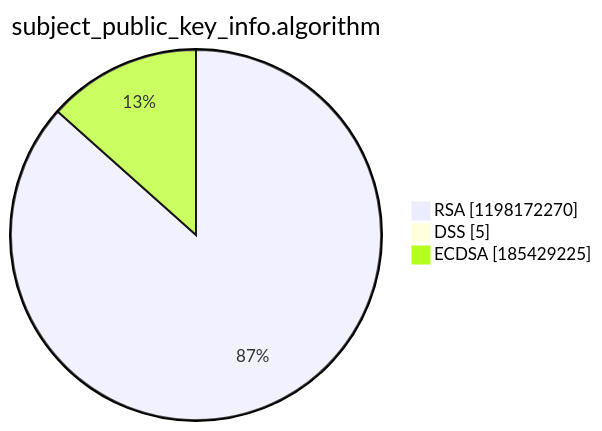
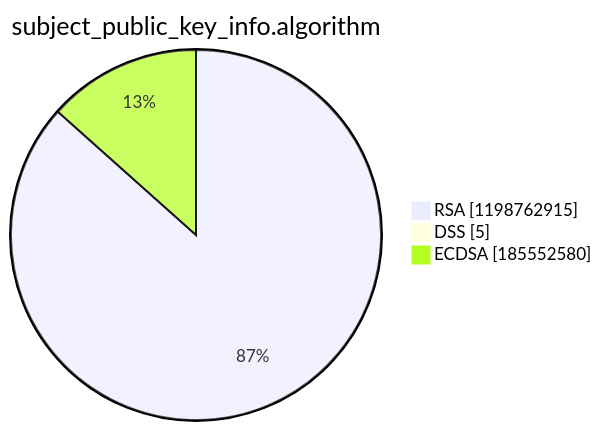
The third of 15 diagrams in argon2022/README.md (christiankrug/ctmonitor_visualization), drawn with Mermaid before and after one commit. The commit also changed other lines of this file, not shown here.

````diff
--- a/argon2022/README.md
+++ b/argon2022/README.md
@@ -14,7 +14,7 @@
 ```mermaid
 pie showData
 title subject_public_key_info.algorithm
-"RSA" :1198172270
+"RSA" :1198762915
 "DSS" :5
-"ECDSA" :185429225
+"ECDSA" :185552580
 ```
````
